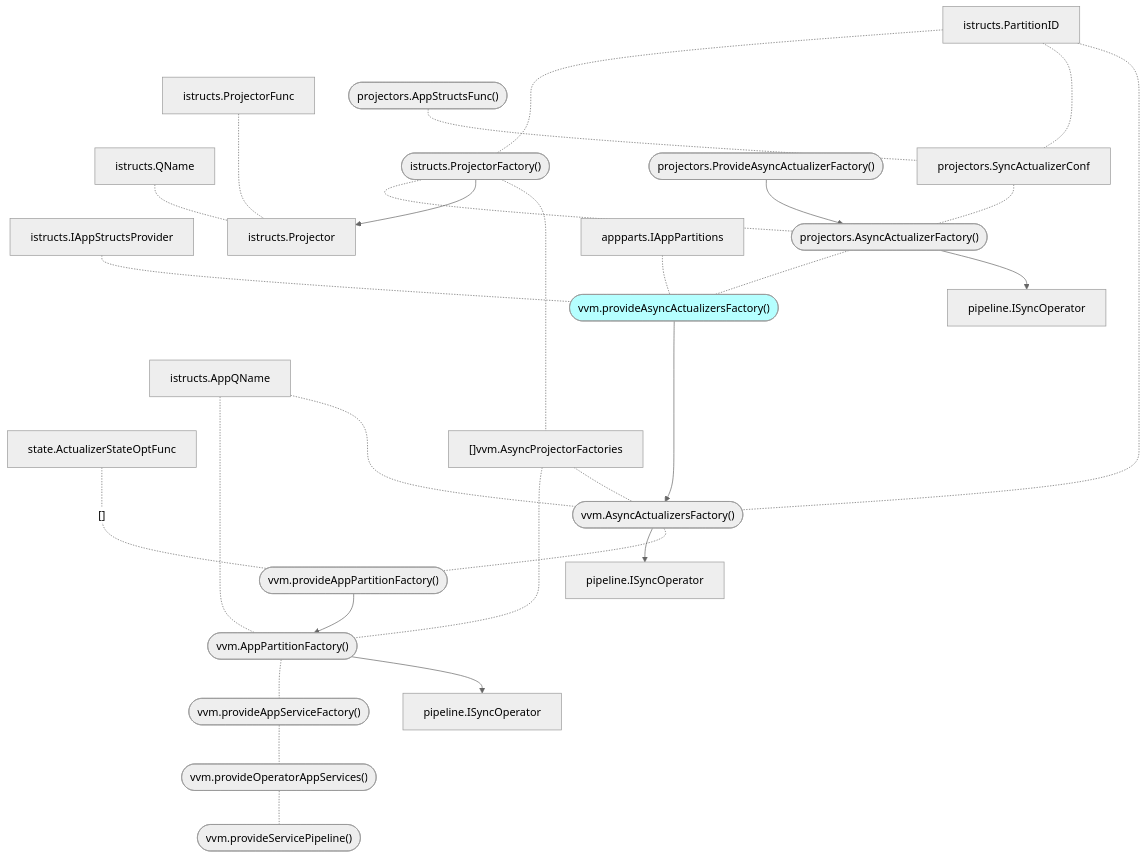
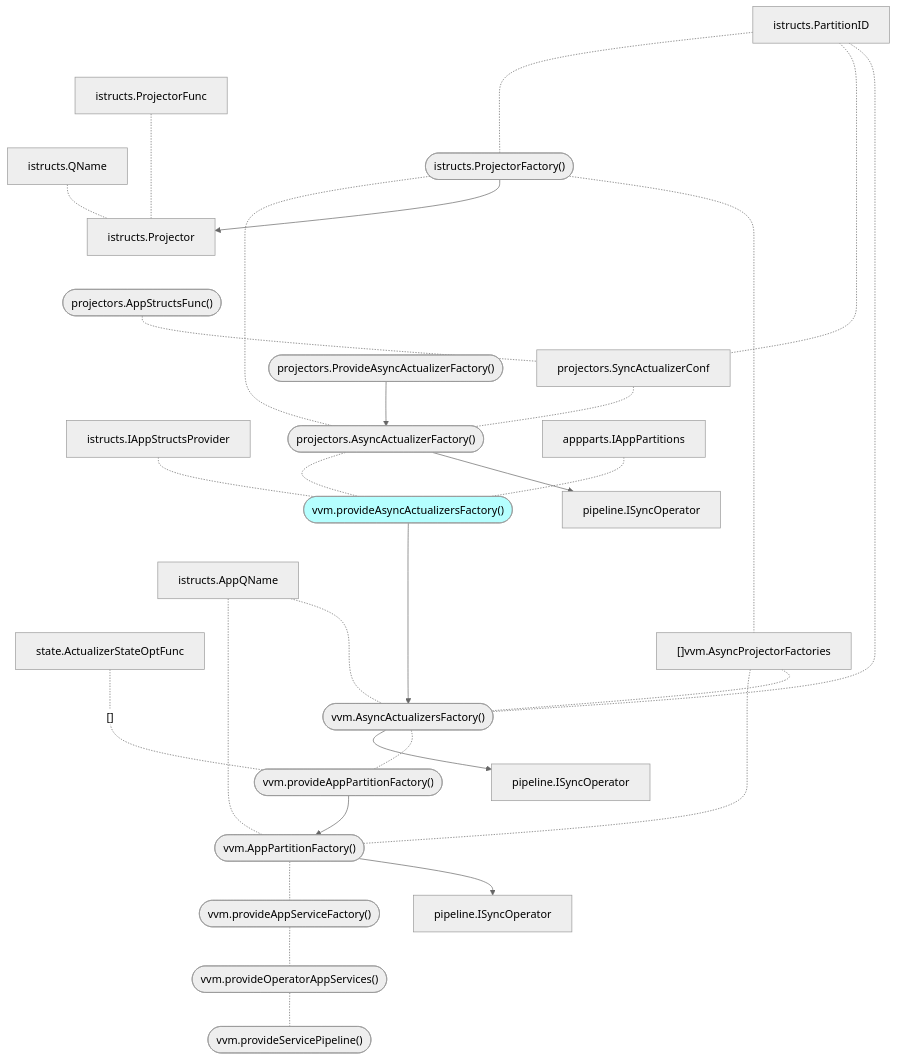
One commit to voedger/voedger changed the diagram in design/vvm/async-actualizers.md. Above: the diagram before and after it, drawn with Mermaid (neutral theme).

````diff
--- a/design/vvm/async-actualizers.md
+++ b/design/vvm/async-actualizers.md
@@ -12,81 +12,81 @@
 ```mermaid
 graph
 
 %% Entities ====================
 
 pipeline.ISyncOperator
 pipeline.ISyncOperator2["pipeline.ISyncOperator"]
 pipeline.ISyncOperator3["pipeline.ISyncOperator"]
 
 state.ActualizerStateOptFunc
 
 istructs.QName
 istructs.AppQName
 istructs.PartitionID
 istructs.IAppStructsProvider
 istructs.ProjectorFactory(["istructs.ProjectorFactory()"])
 istructs.Projector
 istructs.ProjectorFunc
 
 projectors.SyncActualizerConf
 projectors.AppStructsFunc(["projectors.AppStructsFunc()"])
 projectors.AsyncActualizerFactory(["projectors.AsyncActualizerFactory()"])
 projectors.ProvideAsyncActualizerFactory(["projectors.ProvideAsyncActualizerFactory()"])
 
 appparts.IAppPartitions
 
 vvm.provideAsyncActualizersFactory(["vvm.provideAsyncActualizersFactory()"]):::S
 vvm.provideAppPartitionFactory(["vvm.provideAppPartitionFactory()"])
 vvm.provideAppServiceFactory(["vvm.provideAppServiceFactory()"])
 vvm.provideOperatorAppServices(["vvm.provideOperatorAppServices()"])
 vvm.provideServicePipeline(["vvm.provideServicePipeline()"])
 vvm.AsyncActualizersFactory(["vvm.AsyncActualizersFactory()"])
 vvm.AsyncProjectorFactories["[]vvm.AsyncProjectorFactories"]
 vvm.AppPartitionFactory(["vvm.AppPartitionFactory()"])
 
 %% Relations ====================
 
 istructs.ProjectorFunc -..- istructs.Projector
 istructs.QName -.- istructs.Projector
 
 istructs.PartitionID -..- istructs.ProjectorFactory
 projectors.AppStructsFunc -.- projectors.SyncActualizerConf
 istructs.PartitionID -.- projectors.SyncActualizerConf
 projectors.ProvideAsyncActualizerFactory --> projectors.AsyncActualizerFactory
 projectors.SyncActualizerConf -.- projectors.AsyncActualizerFactory
-istructs.ProjectorFactory -.- projectors.AsyncActualizerFactory
+istructs.ProjectorFactory -....- projectors.AsyncActualizerFactory
 
 istructs.ProjectorFactory --> istructs.Projector
 
 
 istructs.IAppStructsProvider -.- vvm.provideAsyncActualizersFactory
 appparts.IAppPartitions -.- vvm.provideAsyncActualizersFactory
 projectors.AsyncActualizerFactory -.- vvm.provideAsyncActualizersFactory
 projectors.AsyncActualizerFactory --> pipeline.ISyncOperator3
 
 
 state.ActualizerStateOptFunc -..- |"[]"| vvm.provideAppPartitionFactory
 vvm.provideAsyncActualizersFactory ----> vvm.AsyncActualizersFactory
 vvm.provideAppPartitionFactory --> vvm.AppPartitionFactory
 istructs.AppQName -.- vvm.AppPartitionFactory
 vvm.AsyncProjectorFactories -.- vvm.AppPartitionFactory
 
 
 vvm.AppPartitionFactory -.- vvm.provideAppServiceFactory
 vvm.AppPartitionFactory --> pipeline.ISyncOperator2
 
 
 vvm.provideAppServiceFactory -.- vvm.provideOperatorAppServices
 vvm.provideOperatorAppServices -.- vvm.provideServicePipeline
 
 vvm.AsyncActualizersFactory --> pipeline.ISyncOperator
 vvm.AsyncActualizersFactory -.- vvm.provideAppPartitionFactory
 
 istructs.ProjectorFactory -.- vvm.AsyncProjectorFactories
 
 istructs.AppQName -..- vvm.AsyncActualizersFactory
 vvm.AsyncProjectorFactories -.- vvm.AsyncActualizersFactory
 istructs.PartitionID -.- vvm.AsyncActualizersFactory
 
 classDef S fill:#B5FFFF
 ```
````
